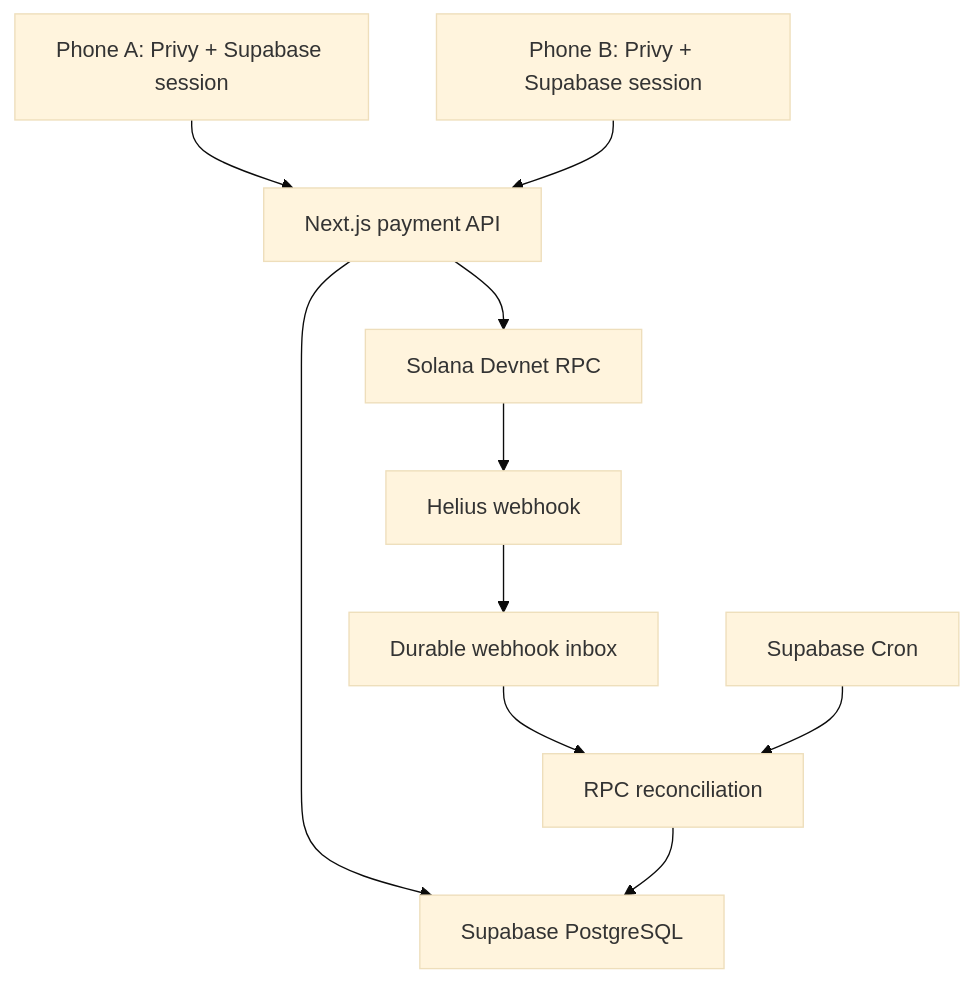
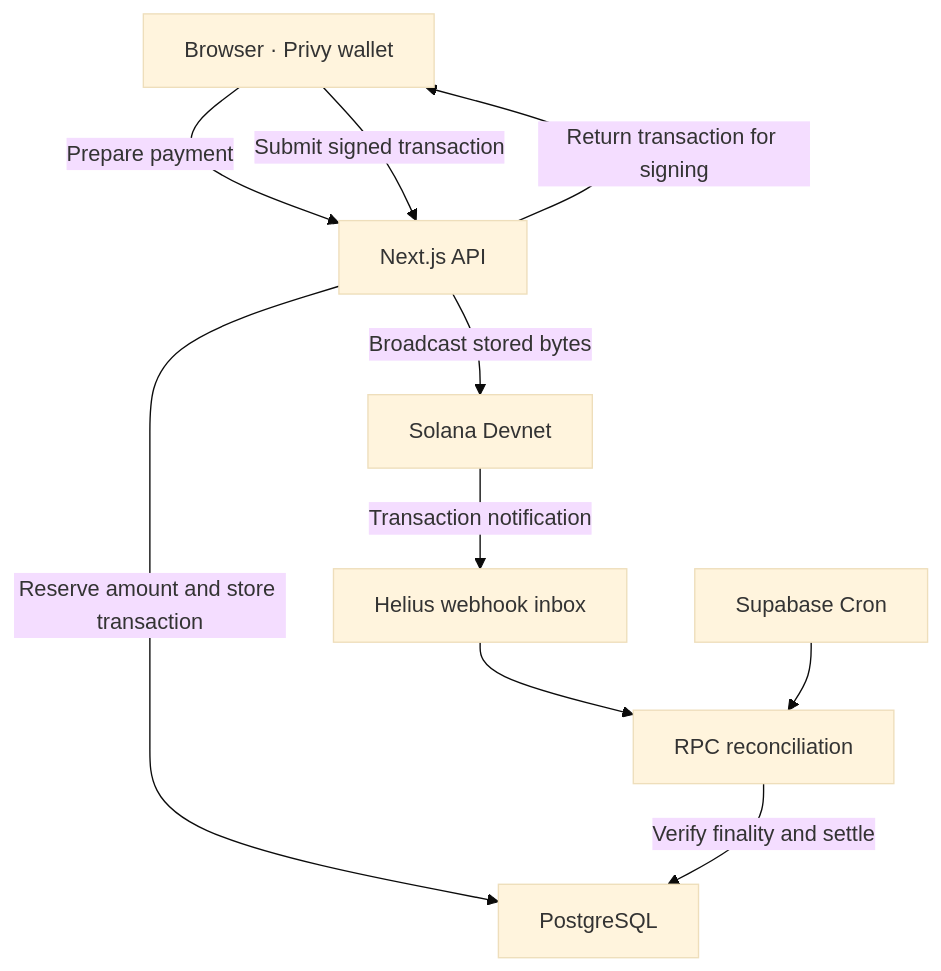
The diagram in README.md (hakosta36/ihsan-pay), drawn with Mermaid (base theme) before and after one commit. The commit also changed other lines of this file, not shown here.

````diff
--- a/README.md
+++ b/README.md
@@ -40,12 +35,12 @@
 ```mermaid
 flowchart TD
-  A["Phone A: Privy + Supabase session"] --> C["Next.js payment API"]
-  B["Phone B: Privy + Supabase session"] --> C
-  C --> D["Supabase PostgreSQL"]
-  C --> E["Solana Devnet RPC"]
-  E --> F["Helius webhook"]
-  F --> G["Durable webhook inbox"]
-  G --> H["RPC reconciliation"]
-  I["Supabase Cron"] --> H
-  H --> D
+  Client["Browser · Privy wallet"] -->|Prepare payment| API["Next.js API"]
+  API -->|Reserve amount and store transaction| DB["PostgreSQL"]
+  API -->|Return transaction for signing| Client
+  Client -->|Submit signed transaction| API
+  API -->|Broadcast stored bytes| Chain["Solana Devnet"]
+  Chain -->|Transaction notification| Inbox["Helius webhook inbox"]
+  Inbox --> Worker["RPC reconciliation"]
+  Cron["Supabase Cron"] --> Worker
+  Worker -->|Verify finality and settle| DB
 ```
````
